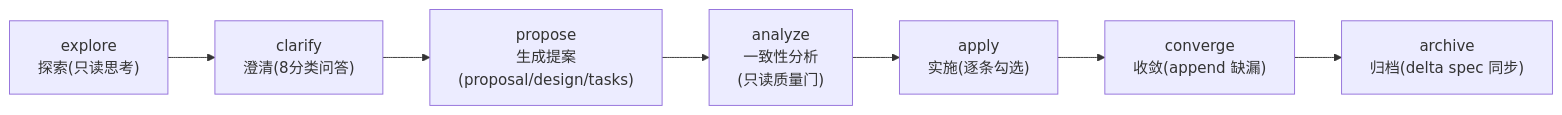
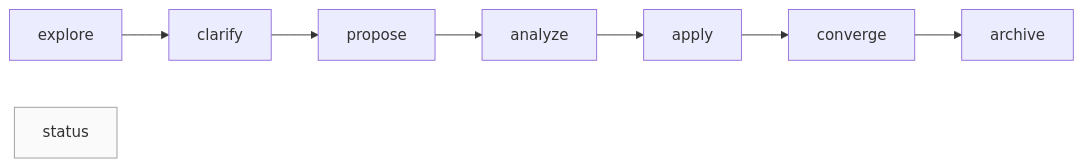
Before and after one commit to Kirky-X/specmark: the diagram in README.md, drawn with Mermaid. The commit also changed other lines of this file and 1 other file, not shown here.

````diff
--- a/README.md
+++ b/README.md
@@ -173,9 +61,6 @@
 ```mermaid
 flowchart LR
-    A["explore<br/>探索(只读思考)"] --> B["clarify<br/>澄清(8分类问答)"]
-    B --> C["propose<br/>生成提案<br/>(proposal/design/tasks)"]
-    C --> D["analyze<br/>一致性分析<br/>(只读质量门)"]
-    D --> E["apply<br/>实施(逐条勾选)"]
-    E --> F["converge<br/>收敛(append 缺漏)"]
-    F --> G["archive<br/>归档(delta spec 同步)"]
+    E["explore"] --> C["clarify"] --> P["propose"] --> A["analyze"] --> Ap["apply"] --> Co["converge"] --> Ar["archive"]
+    S["status"]:::query
+    classDef query fill:#fafafa,stroke:#9e9e9e;
 ```
````
